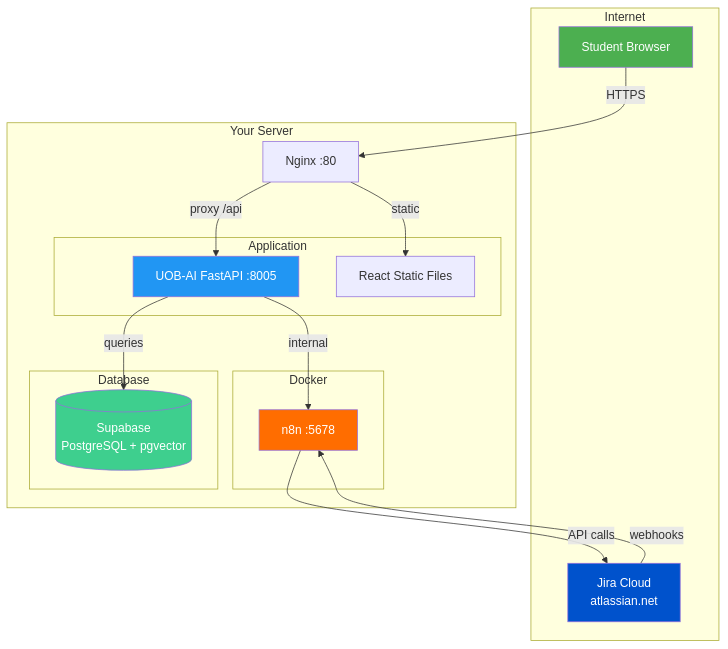
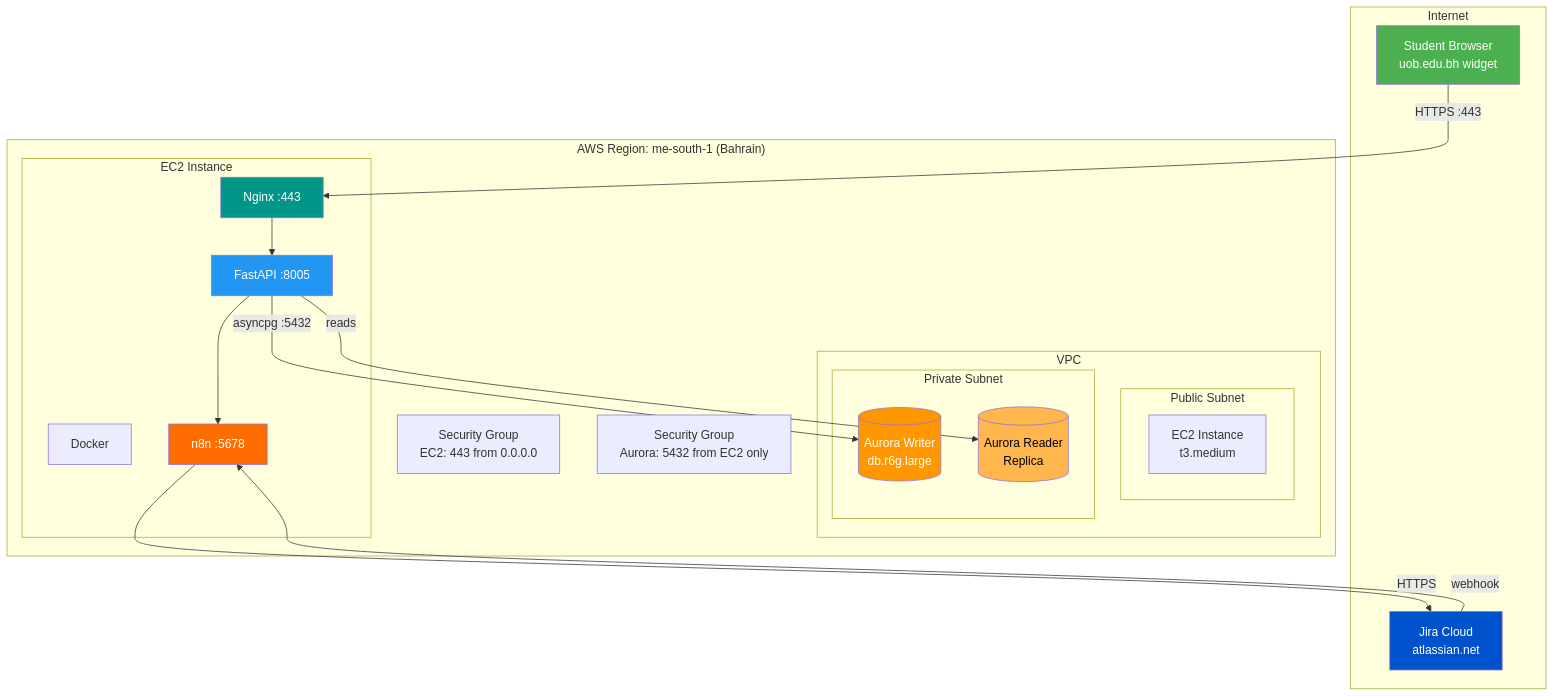
One commit to xAbdullaShaker/Jira-AI changed diagram 11 of 12 in ARCHITECTURE.md. Above: the diagram before and after it, drawn with Mermaid. The commit also changed other lines of this file and 1 other file, not shown here.

First line of the commit message:
Enhance plan: widget on uob.edu.bh, Aurora PostgreSQL, reframe Jira as secondary

````diff
--- a/ARCHITECTURE.md
+++ b/ARCHITECTURE.md
@@ -173,38 +337,46 @@
 ```mermaid
 graph TB
     subgraph Internet
-        Student[Student Browser]
+        Student[Student Browser\nuob.edu.bh widget]
         JiraCloud[Jira Cloud\natlassian.net]
     end
-    
-    subgraph Your Server
-        Nginx[Nginx :80]
-        
-        subgraph Docker
-            n8n[n8n :5678]
+
+    subgraph AWS["AWS Region: me-south-1 (Bahrain)"]
+        subgraph VPC["VPC"]
+            subgraph PublicSubnet["Public Subnet"]
+                EC2[EC2 Instance\nt3.medium]
+            end
+            
+            subgraph PrivateSubnet["Private Subnet"]
+                AuroraWriter[(Aurora Writer\ndb.r6g.large)]
+                AuroraReader[(Aurora Reader\nReplica)]
+            end
         end
         
-        subgraph Application
-            FastAPI[UOB-AI FastAPI :8005]
-            React[React Static Files]
+        subgraph EC2Detail["EC2 Instance"]
+            Nginx2[Nginx :443]
+            FastAPI2[FastAPI :8005]
+            Docker[Docker]
+            n8n2[n8n :5678]
         end
         
-        subgraph Database
-            Supabase[(Supabase\nPostgreSQL + pgvector)]
-        end
+        SG1[Security Group\nEC2: 443 from 0.0.0.0]
+        SG2[Security Group\nAurora: 5432 from EC2 only]
     end
-    
-    Student -->|HTTPS| Nginx
-    Nginx -->|proxy /api| FastAPI
-    Nginx -->|static| React
-    FastAPI -->|internal| n8n
-    FastAPI -->|queries| Supabase
-    n8n -->|API calls| JiraCloud
-    JiraCloud -->|webhooks| n8n
+
+    Student -->|HTTPS :443| Nginx2
+    Nginx2 --> FastAPI2
+    FastAPI2 --> n8n2
+    FastAPI2 -->|asyncpg :5432| AuroraWriter
+    FastAPI2 -->|reads| AuroraReader
+    n8n2 -->|HTTPS| JiraCloud
+    JiraCloud -->|webhook| n8n2
 
     style Student fill:#4CAF50,color:#fff
-    style n8n fill:#FF6D00,color:#fff
-    style FastAPI fill:#2196F3,color:#fff
+    style AuroraWriter fill:#FF9800,color:#fff
+    style AuroraReader fill:#FFB74D,color:#000
+    style FastAPI2 fill:#2196F3,color:#fff
+    style n8n2 fill:#FF6D00,color:#fff
     style JiraCloud fill:#0052CC,color:#fff
-    style Supabase fill:#3ECF8E,color:#fff
+    style Nginx2 fill:#009688,color:#fff
 ```
````
